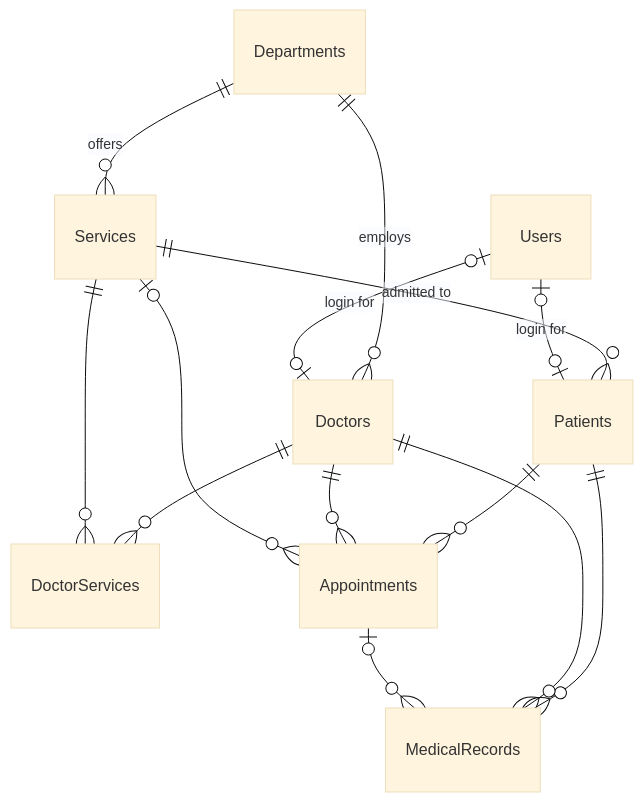
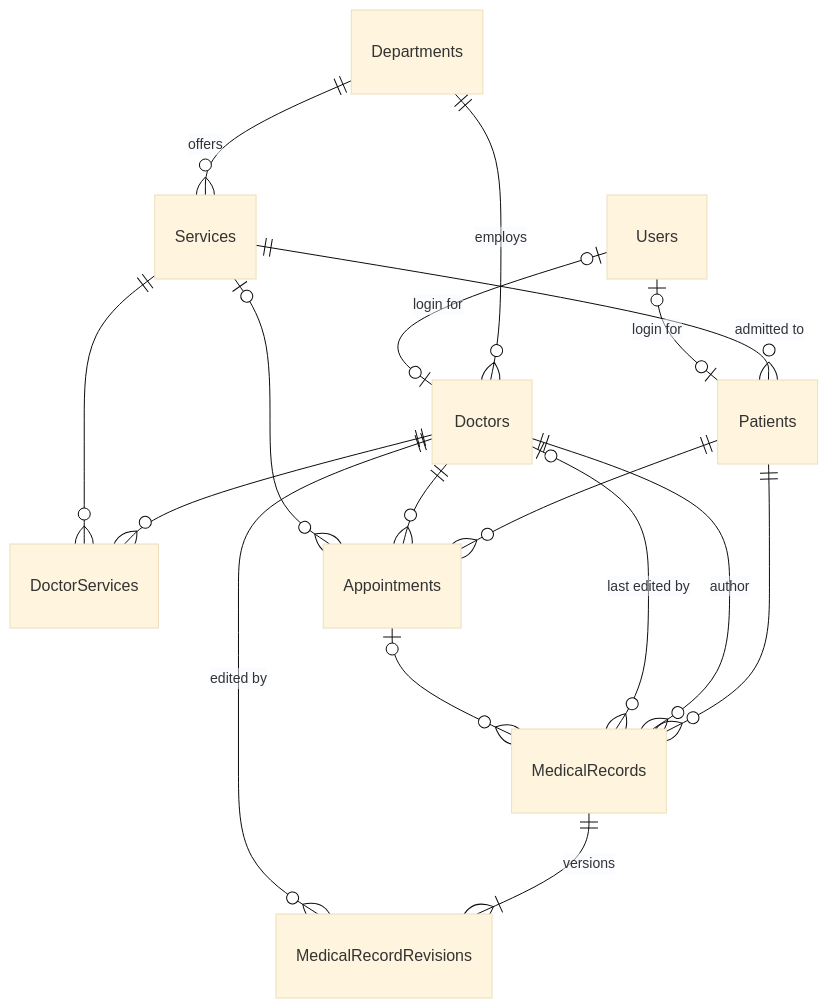
The fourth of 4 diagrams in ARCHITECTURE.md (sanskikljuc123/Hospital-Management), drawn with Mermaid (base theme) before and after one commit. The commit also changed other lines of this file, not shown here.

First line of the commit message:
Bring ARCHITECTURE.md in line with the system (review finding C-1)

````diff
--- a/ARCHITECTURE.md
+++ b/ARCHITECTURE.md
@@ -247,16 +250,19 @@
 ```mermaid
 erDiagram
     Departments ||--o{ Doctors : "employs"
     Departments ||--o{ Services : "offers"
     Doctors ||--o{ DoctorServices : ""
     Services ||--o{ DoctorServices : ""
     Services ||--o{ Patients : "admitted to"
     Users |o--o| Doctors : "login for"
     Users |o--o| Patients : "login for"
     Patients ||--o{ Appointments : ""
     Doctors ||--o{ Appointments : ""
     Services |o--o{ Appointments : ""
     Patients ||--o{ MedicalRecords : ""
-    Doctors ||--o{ MedicalRecords : ""
+    Doctors ||--o{ MedicalRecords : "author"
+    Doctors |o--o{ MedicalRecords : "last edited by"
     Appointments |o--o{ MedicalRecords : ""
+    MedicalRecords ||--|{ MedicalRecordRevisions : "versions"
+    Doctors ||--o{ MedicalRecordRevisions : "edited by"
 ```
````
